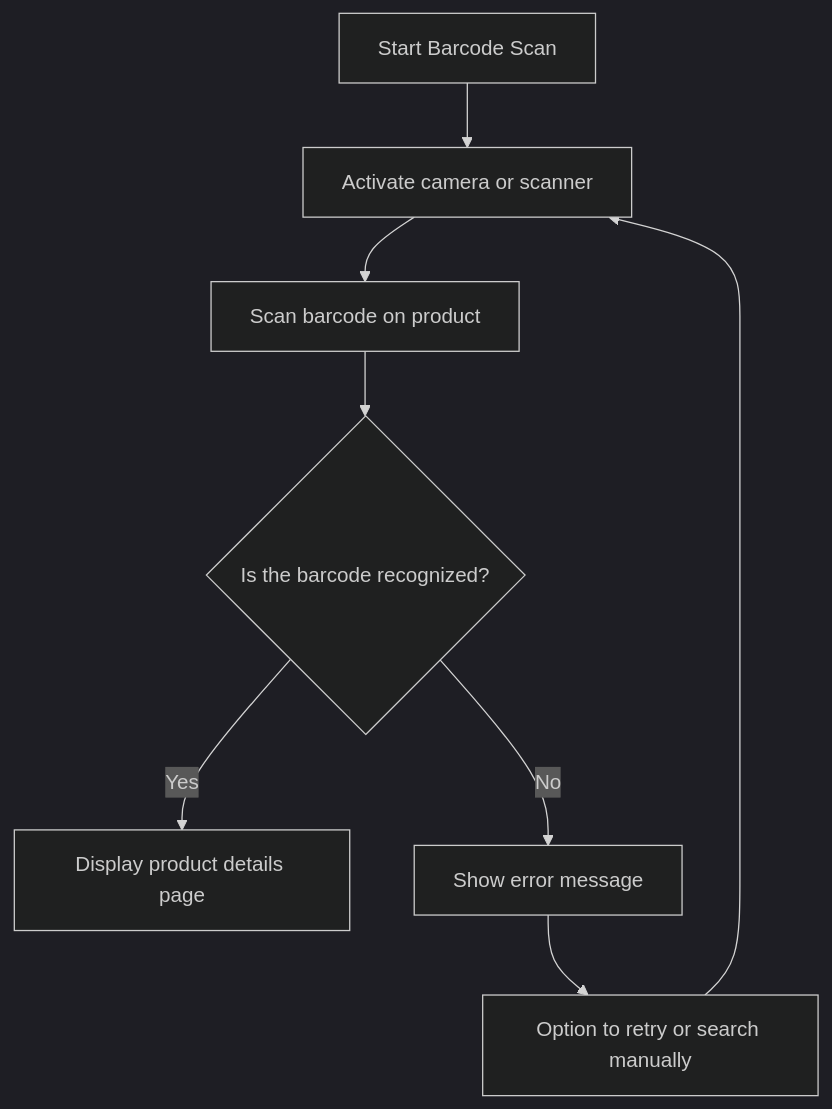
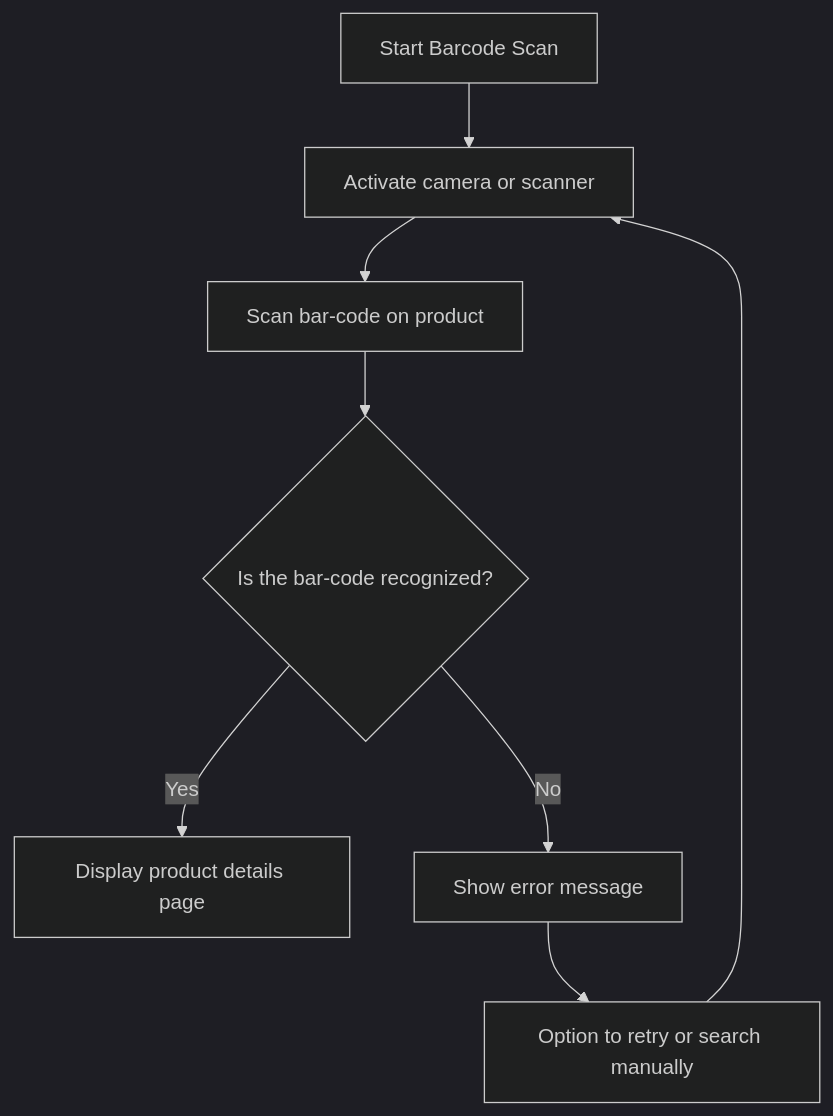
Before and after one commit to algosup/2024-2025-project-5-bubble-intermarche-team-4: the first of 2 diagrams in documents/functional/FunctionalSpecifications.md, drawn with Mermaid (dark theme). The commit also changed other lines of this file, not shown here.

````diff
--- a/documents/functional/FunctionalSpecifications.md
+++ b/documents/functional/FunctionalSpecifications.md
@@ -1253,10 +1253,10 @@
 ```mermaid
 flowchart TD
     A[Start Barcode Scan] --> B[Activate camera or scanner]
-    B --> C[Scan barcode on product]
-    C --> D{Is the barcode recognized?}
+    B --> C[Scan  bar-code on product]
+    C --> D{Is the  bar-code recognized?}
     D -- Yes --> E[Display product details page]
     D -- No --> F[Show error message]
     F --> G[Option to retry or search manually]
     G --> B
 ```
````
